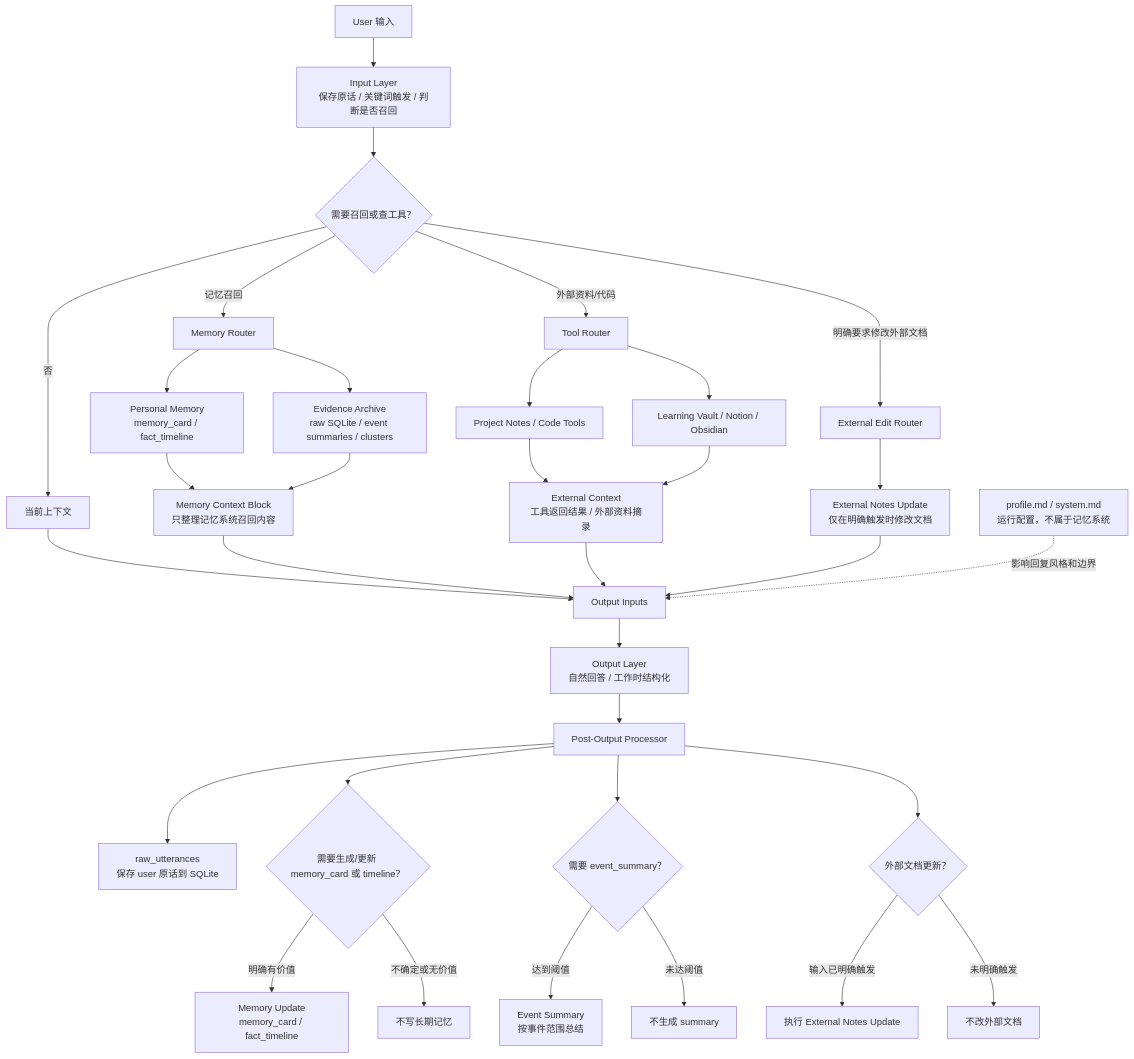
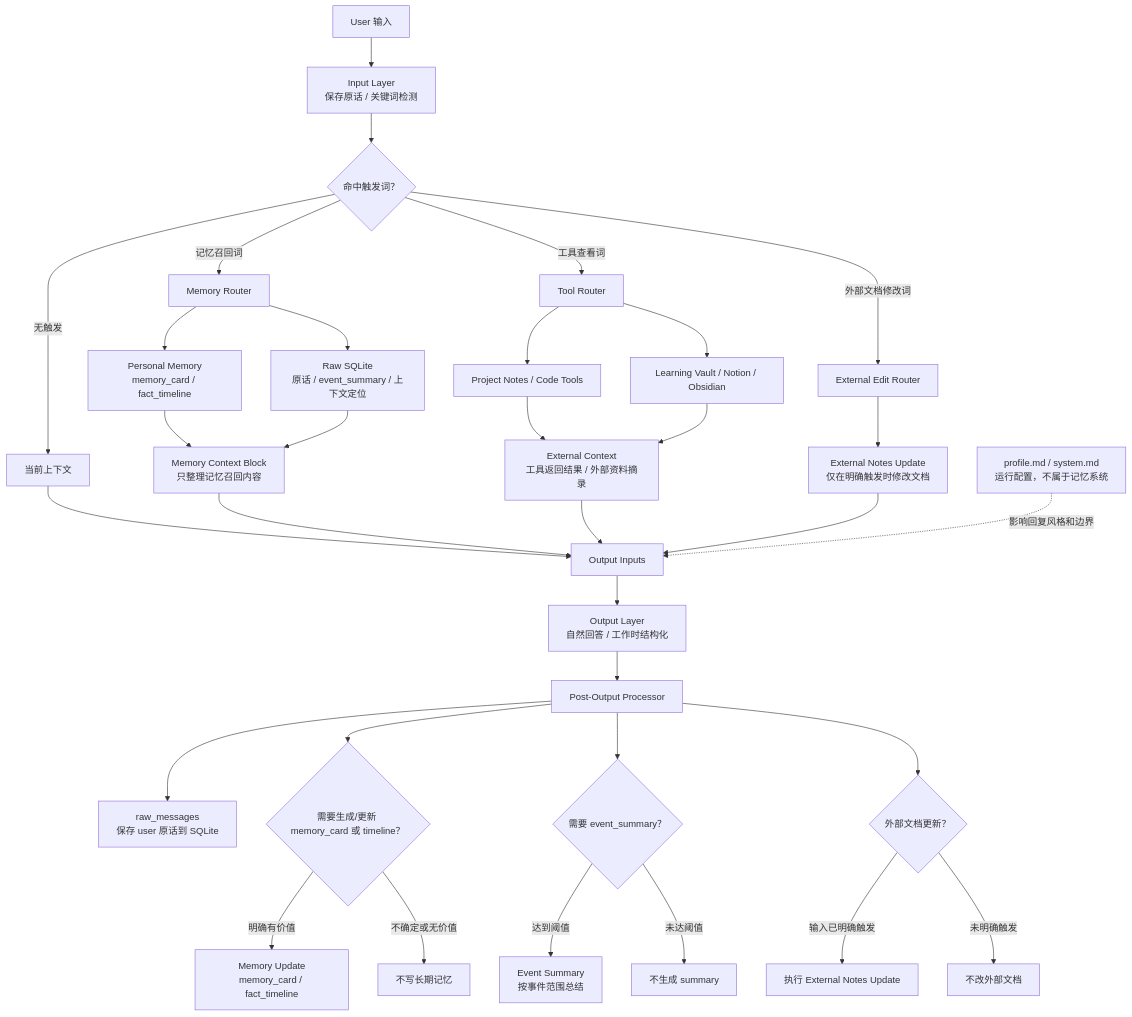
Before and after one commit to piup9911-crypto/telegram-qi_bot: the diagram in plan.md, drawn with Mermaid. The commit also changed other lines of this file, not shown here.

Commit message:
Align memory plan with simplified retrieval and raw SQLite design

````diff
--- a/plan.md
+++ b/plan.md
@@ -36,47 +37,47 @@
 ```mermaid
 flowchart TD
-  U["User 输入"] --> I["Input Layer<br/>保存原话 / 关键词触发 / 判断是否召回"]
+  U["User 输入"] --> I["Input Layer<br/>保存原话 / 关键词检测"]
 
-  I --> R{"需要召回或查工具？"}
+  I --> K{"命中触发词？"}
 
-  R -->|"否"| C["当前上下文"]
-  R -->|"记忆召回"| MR["Memory Router"]
-  R -->|"外部资料/代码"| TR["Tool Router"]
-  R -->|"明确要求修改外部文档"| ER["External Edit Router"]
+  K -->|"记忆召回词"| MR["Memory Router"]
+  K -->|"工具查看词"| TR["Tool Router"]
+  K -->|"外部文档修改词"| ER["External Edit Router"]
+  K -->|"无触发"| C["当前上下文"]
 
   MR --> PM["Personal Memory<br/>memory_card / fact_timeline"]
-  MR --> EV["Evidence Archive<br/>raw SQLite / event summaries / clusters"]
-  PM --> MB["Memory Context Block<br/>只整理记忆系统召回内容"]
-  EV --> MB
+  MR --> RS["Raw SQLite<br/>原话 / event_summary / 上下文定位"]
+  PM --> MB["Memory Context Block<br/>只整理记忆召回内容"]
+  RS --> MB
 
   TR --> PN["Project Notes / Code Tools"]
   TR --> LV["Learning Vault / Notion / Obsidian"]
   PN --> EX["External Context<br/>工具返回结果 / 外部资料摘录"]
   LV --> EX
 
   ER --> ED["External Notes Update<br/>仅在明确触发时修改文档"]
 
   C --> OI["Output Inputs"]
   MB --> OI
   EX --> OI
   ED --> OI
 
   CFG["profile.md / system.md<br/>运行配置，不属于记忆系统"] -. "影响回复风格和边界" .-> OI
 
   OI --> O["Output Layer<br/>自然回答 / 工作时结构化"]
 
   O --> PU["Post-Output Processor"]
-  PU --> RAW["raw_utterances<br/>保存 user 原话到 SQLite"]
+  PU --> RAW["raw_messages<br/>保存 user 原话到 SQLite"]
   PU --> MW{"需要生成/更新 memory_card 或 timeline？"}
   PU --> ES{"需要 event_summary？"}
   PU --> EU{"外部文档更新？"}
 
   MW -->|"明确有价值"| MEM["Memory Update<br/>memory_card / fact_timeline"]
   MW -->|"不确定或无价值"| NO1["不写长期记忆"]
 
   ES -->|"达到阈值"| SUM["Event Summary<br/>按事件范围总结"]
   ES -->|"未达阈值"| NO2["不生成 summary"]
 
   EU -->|"输入已明确触发"| EXT["执行 External Notes Update"]
   EU -->|"未明确触发"| NO3["不改外部文档"]
 ```
````
